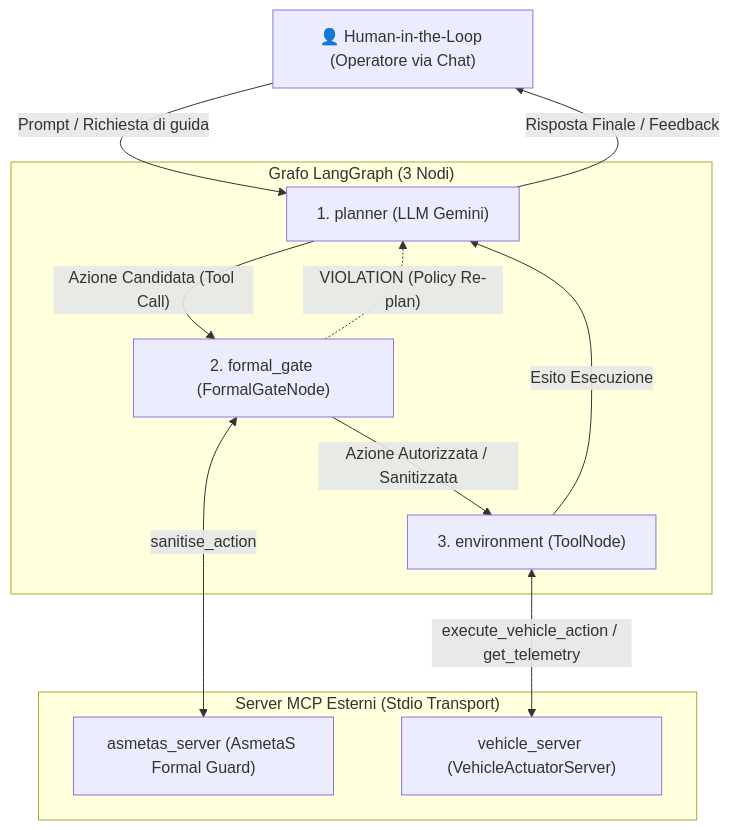
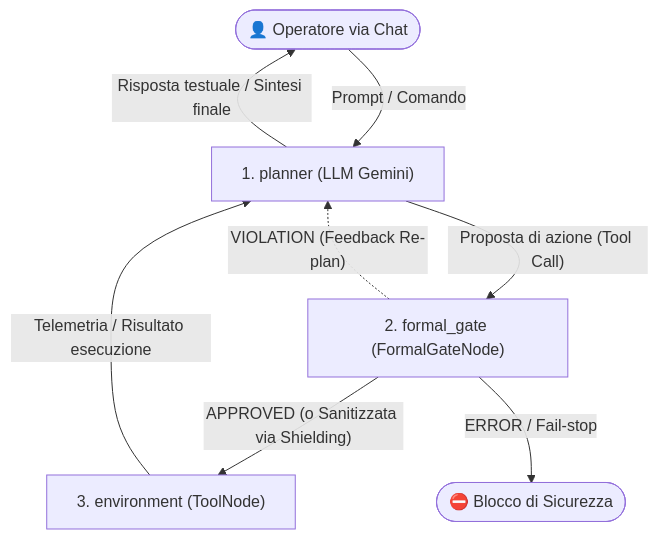
Before and after one commit to gallizzz/agentic-mcp-framework: the first of 3 diagrams in README.md, drawn with Mermaid. The commit also changed other lines of this file and 16 other files, not shown here.

````diff
--- a/README.md
+++ b/README.md
@@ -13,26 +21,13 @@
 ```mermaid
 flowchart TD
-    Human["👤 Human-in-the-Loop (Operatore via Chat)"]
+    User(["👤 Operatore via Chat"]) -->|"Prompt / Comando"| Planner["1. planner (LLM Gemini)"]
+    
+    Planner -->|"Risposta testuale / Sintesi finale"| User
+    Planner -->|"Proposta di azione (Tool Call)"| FormalGate["2. formal_gate (FormalGateNode)"]
 
-    subgraph LangGraph["Grafo LangGraph (3 Nodi)"]
-        Planner["1. planner (LLM Gemini)"]
-        FormalGate["2. formal_gate (FormalGateNode)"]
-        EnvironmentNode["3. environment (ToolNode)"]
-        
-        Planner -->|"Azione Candidata (Tool Call)"| FormalGate
-        FormalGate -->|"Azione Autorizzata / Sanitizzata"| EnvironmentNode
-        FormalGate -.->|"VIOLATION (Policy Re-plan)"| Planner
-        EnvironmentNode -->|"Esito Esecuzione"| Planner
-    end
+    FormalGate -->|"APPROVED (o Sanitizzata via Shielding)"| Environment["3. environment (ToolNode)"]
+    FormalGate -.->|"VIOLATION (Feedback Re-plan)"| Planner
+    FormalGate -->|"ERROR / Fail-stop"| EndFail(["⛔ Blocco di Sicurezza"])
 
-    subgraph MCPServers["Server MCP Esterni (Stdio Transport)"]
-        AsmetaS["asmetas_server (AsmetaS Formal Guard)"]
-        Vehicle["vehicle_server (VehicleActuatorServer)"]
-    end
-
-    Human -->|"Prompt / Richiesta di guida"| Planner
-    Planner -->|"Risposta Finale / Feedback"| Human
-
-    FormalGate <-->|"sanitise_action"| AsmetaS
-    EnvironmentNode <-->|"execute_vehicle_action / get_telemetry"| Vehicle
+    Environment -->|"Telemetria / Risultato esecuzione"| Planner
 ```
````
